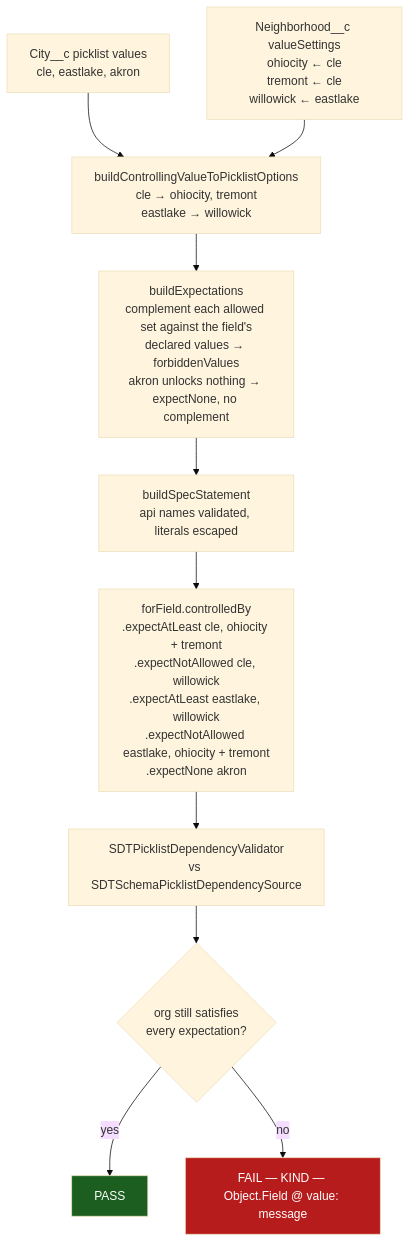
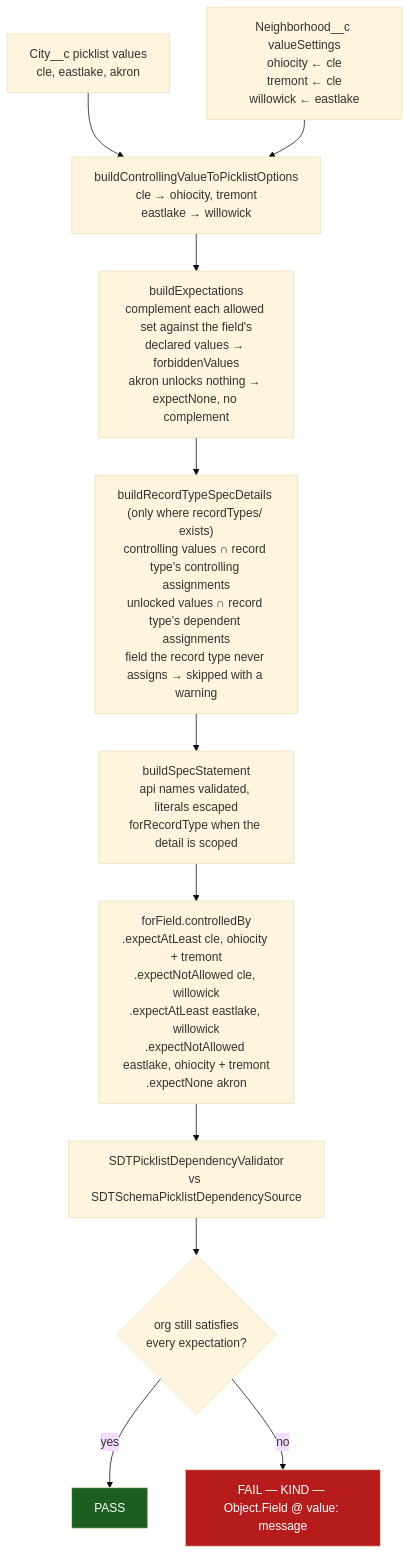
One commit to jdschleicher/Salesforce-Data-Treecipe changed the eighth of 8 diagrams in scripts/picklist-dependency-demo/PICKLIST-DEPENDENCY-FLOW.md. Above: the diagram before and after it, drawn with Mermaid (base theme). The commit also changed other lines of this file and 20 other files, not shown here.

````diff
--- a/scripts/picklist-dependency-demo/PICKLIST-DEPENDENCY-FLOW.md
+++ b/scripts/picklist-dependency-demo/PICKLIST-DEPENDENCY-FLOW.md
@@ -396,17 +402,18 @@
 ```mermaid
 flowchart TB
     A["City__c picklist values<br/>cle, eastlake, akron"] --> C
     B["Neighborhood__c valueSettings<br/>ohiocity ← cle<br/>tremont ← cle<br/>willowick ← eastlake"] --> C
 
     C["buildControllingValueToPicklistOptions<br/>cle → ohiocity, tremont<br/>eastlake → willowick"]
     C --> D["buildExpectations<br/>complement each allowed set against the field's<br/>declared values → forbiddenValues<br/>akron unlocks nothing → expectNone, no complement"]
-    D --> E["buildSpecStatement<br/>api names validated, literals escaped"]
+    D --> D2["buildRecordTypeSpecDetails (only where recordTypes/ exists)<br/>controlling values ∩ record type's controlling assignments<br/>unlocked values ∩ record type's dependent assignments<br/>field the record type never assigns → skipped with a warning"]
+    D2 --> E["buildSpecStatement<br/>api names validated, literals escaped<br/>forRecordType when the detail is scoped"]
     E --> F["forField.controlledBy<br/>.expectAtLeast cle, ohiocity + tremont<br/>.expectNotAllowed cle, willowick<br/>.expectAtLeast eastlake, willowick<br/>.expectNotAllowed eastlake, ohiocity + tremont<br/>.expectNone akron"]
     F --> G["SDTPicklistDependencyValidator<br/>vs SDTSchemaPicklistDependencySource"]
     G --> H{"org still satisfies<br/>every expectation?"}
     H -->|yes| PASS["PASS"]
     H -->|no| FAIL["FAIL — KIND — Object.Field @ value: message"]
 
     style PASS fill:#1b5e20,color:#fff
     style FAIL fill:#b71c1c,color:#fff
 ```
````
